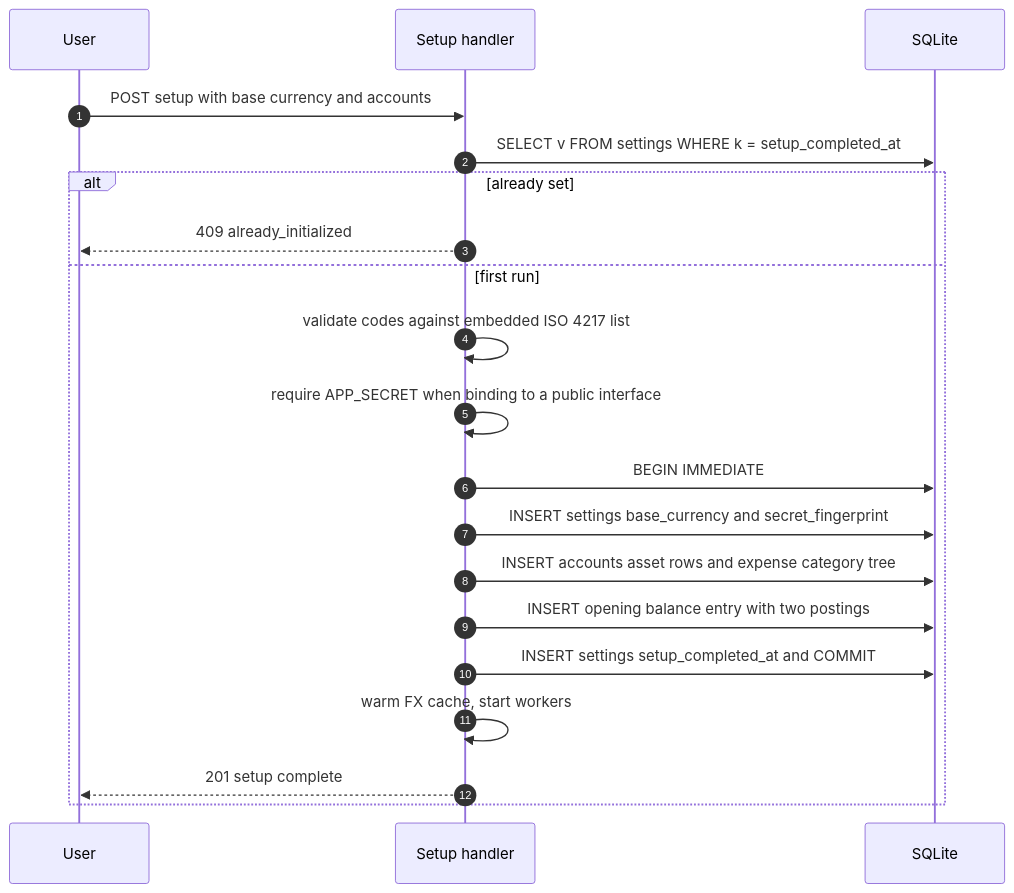
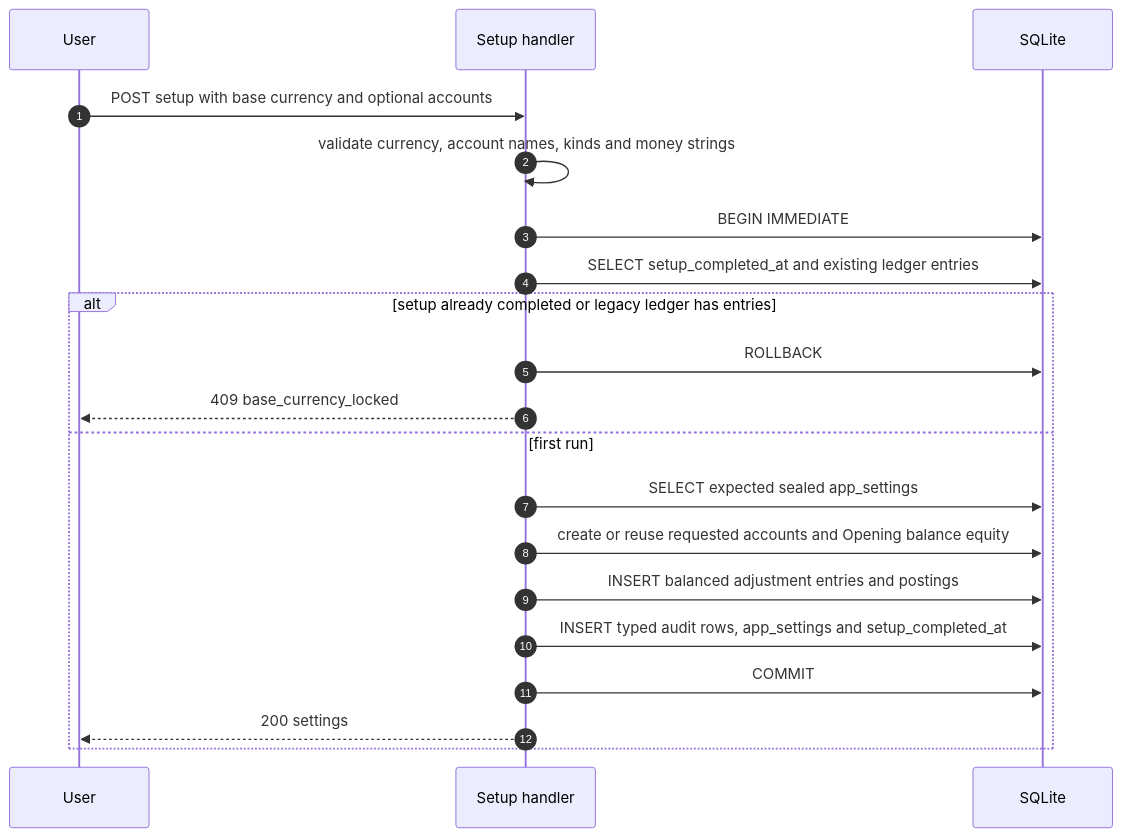
The first of 20 diagrams in docs/v2-api.md (dimasbaguspm/spenicle), drawn with Mermaid before and after one commit. The commit also changed other lines of this file and 68 other files, not shown here.

Commit message:
feat: seed opening balances during setup

````diff
--- a/docs/v2-api.md
+++ b/docs/v2-api.md
@@ -631,22 +640,22 @@
 ```mermaid
 sequenceDiagram
     autonumber
     participant U as User
     participant API as Setup handler
     participant DB as SQLite
-    U->>API: POST setup with base currency and accounts
-    API->>DB: SELECT v FROM settings WHERE k = setup_completed_at
-    alt already set
-        API-->>U: 409 already_initialized
+    U->>API: POST setup with base currency and optional accounts
+    API->>API: validate currency, account names, kinds and money strings
+    API->>DB: BEGIN IMMEDIATE
+    API->>DB: SELECT setup_completed_at and existing ledger entries
+    alt setup already completed or legacy ledger has entries
+        API->>DB: ROLLBACK
+        API-->>U: 409 base_currency_locked
     else first run
-        API->>API: validate codes against embedded ISO 4217 list
-        API->>API: require APP_SECRET when binding to a public interface
-        API->>DB: BEGIN IMMEDIATE
-        API->>DB: INSERT settings base_currency and secret_fingerprint
-        API->>DB: INSERT accounts asset rows and expense category tree
-        API->>DB: INSERT opening balance entry with two postings
-        API->>DB: INSERT settings setup_completed_at and COMMIT
-        API->>API: warm FX cache, start workers
-        API-->>U: 201 setup complete
+        API->>DB: SELECT expected sealed app_settings
+        API->>DB: create or reuse requested accounts and Opening balance equity
+        API->>DB: INSERT balanced adjustment entries and postings
+        API->>DB: INSERT typed audit rows, app_settings and setup_completed_at
+        API->>DB: COMMIT
+        API-->>U: 200 settings
     end
 ```
````
